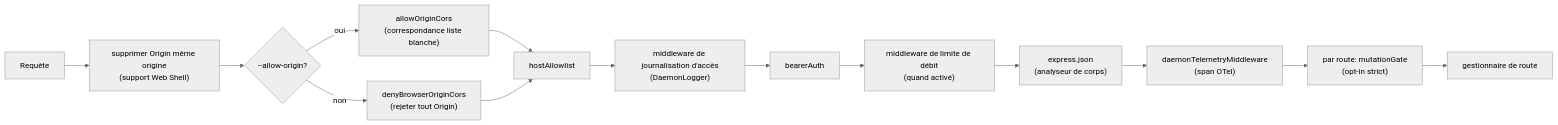
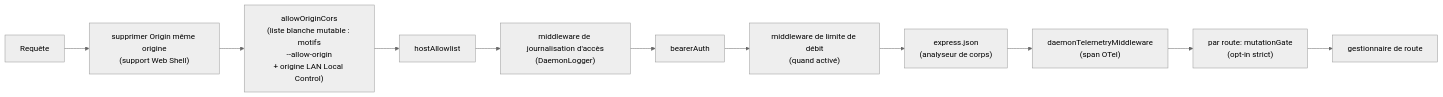
One commit to QwenLM/qwen-code-docs changed the first of 4 diagrams in website/content/fr/developers/daemon/12-auth-security.md. Above: the diagram before and after it, drawn with Mermaid (neutral theme). The commit also changed other lines of this file and 62 other files, not shown here.

````diff
--- a/website/content/fr/developers/daemon/12-auth-security.md
+++ b/website/content/fr/developers/daemon/12-auth-security.md
@@ -55,16 +55,13 @@
 ```mermaid
 flowchart LR
     REQ[Requête] --> SO["supprimer Origin même origine<br/>(support Web Shell)"]
-    SO --> CORS{"--allow-origin?"}
-    CORS -->|oui| AO["allowOriginCors<br/>(correspondance liste blanche)"]
-    CORS -->|non| DC["denyBrowserOriginCors<br/>(rejeter tout Origin)"]
+    SO --> AO["allowOriginCors<br/>(liste blanche mutable : motifs<br/>--allow-origin<br/>+ origine LAN Local Control)"]
     AO --> HA["hostAllowlist"]
-    DC --> HA
     HA --> LOG["middleware de journalisation d'accès<br/>(DaemonLogger)"]
     LOG --> BA["bearerAuth"]
     BA --> RL["middleware de limite de débit<br/>(quand activé)"]
     RL --> JSON["express.json<br/>(analyseur de corps)"]
     JSON --> TEL["daemonTelemetryMiddleware<br/>(span OTel)"]
     TEL --> MG["par route: mutationGate<br/>(opt-in strict)"]
     MG --> HANDLER["gestionnaire de route"]
 ```
````
